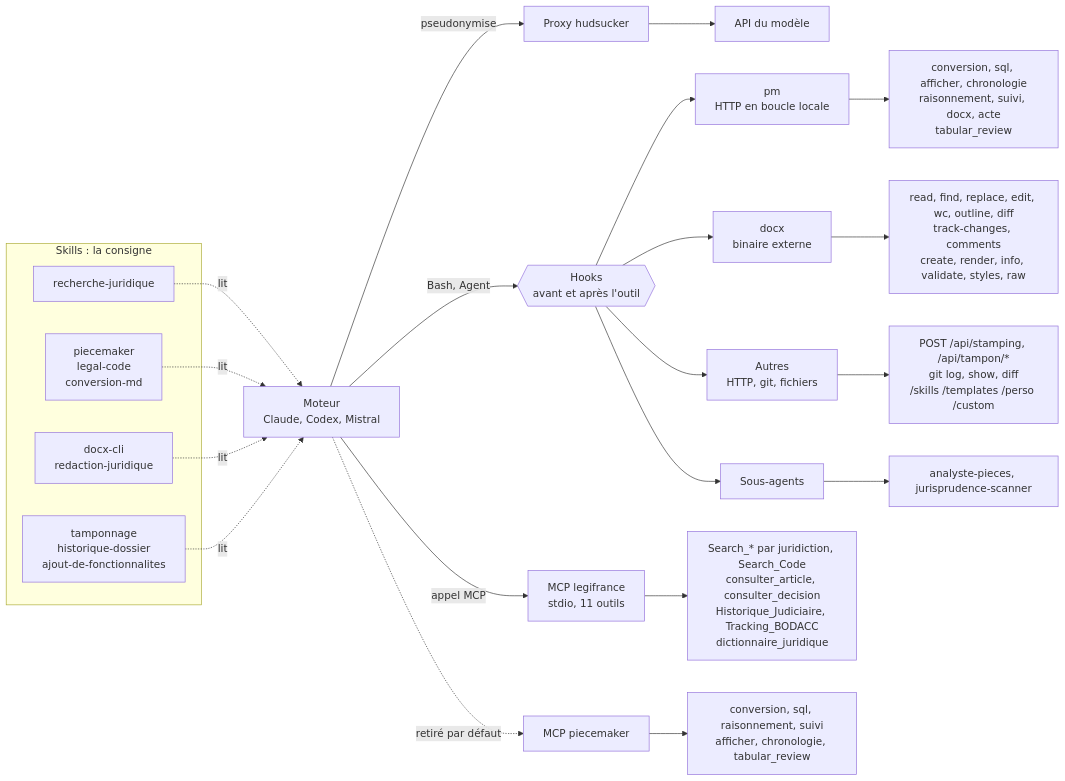
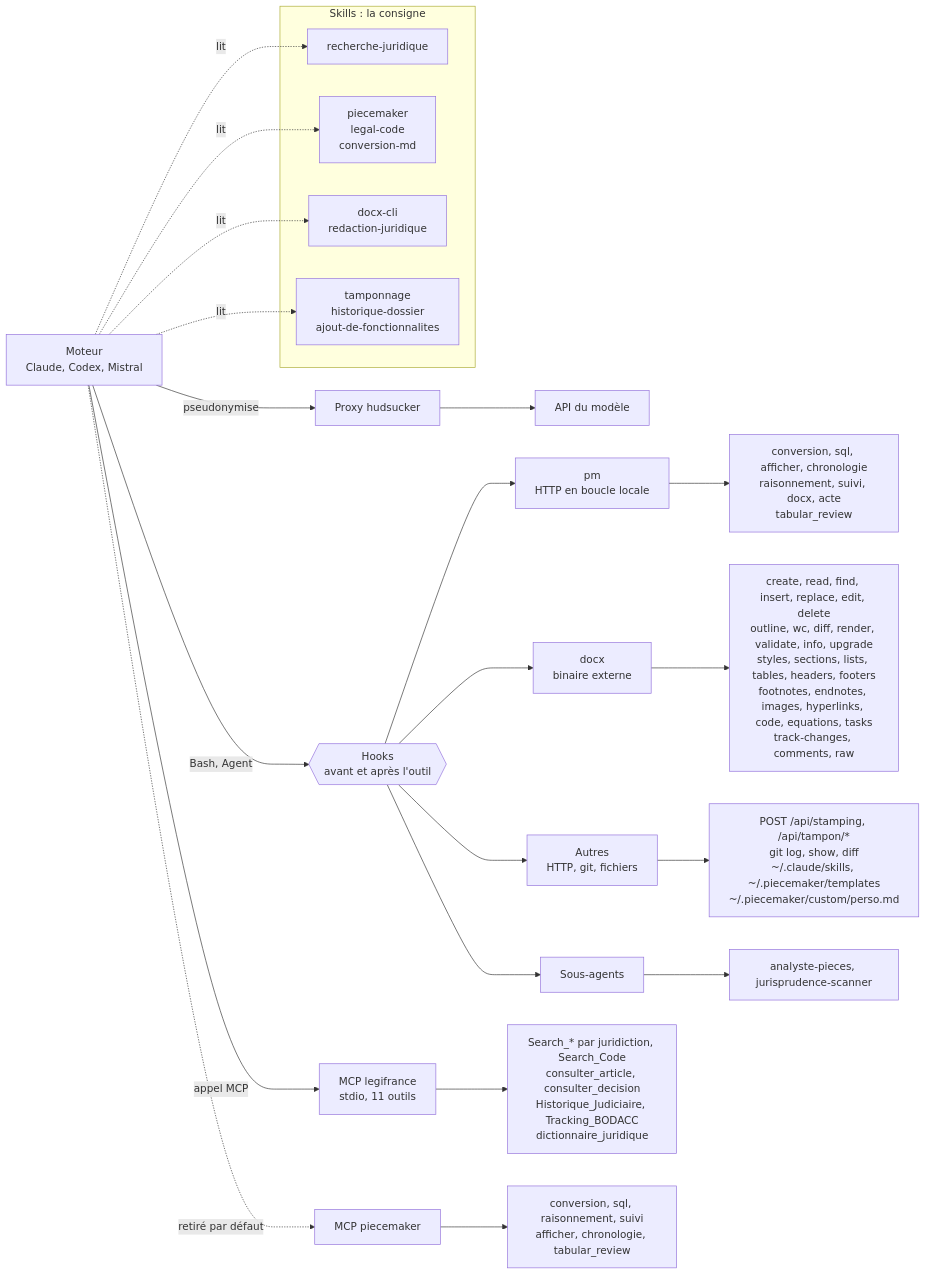
The diagram in docs/inventaire-outils.md (PieceMaker-Legal/piecemaker-droit-francais), drawn with Mermaid before and after one commit. The commit also changed other lines of this file, not shown here.

First line of the commit message:
docs(outils): corriger le sens des skills et l'index dans l'inventaire

````diff
--- a/docs/inventaire-outils.md
+++ b/docs/inventaire-outils.md
@@ -7,34 +7,34 @@
 ```mermaid
 flowchart LR
   subgraph S[Skills : la consigne]
     S1[recherche-juridique]
     S2[piecemaker<br/>legal-code<br/>conversion-md]
     S3[docx-cli<br/>redaction-juridique]
     S4[tamponnage<br/>historique-dossier<br/>ajout-de-fonctionnalites]
   end
 
   M[Moteur<br/>Claude, Codex, Mistral]
   P[Proxy hudsucker] --> API[API du modèle]
   H{{Hooks<br/>avant et après l'outil}}
 
-  S1 -. lit .-> M
-  S2 -. lit .-> M
-  S3 -. lit .-> M
-  S4 -. lit .-> M
+  M -. lit .-> S1
+  M -. lit .-> S2
+  M -. lit .-> S3
+  M -. lit .-> S4
   M -- pseudonymise --> P
 
   M -- appel MCP --> L[MCP legifrance<br/>stdio, 11 outils]
   M -- Bash, Agent --> H
   H --> PM[pm<br/>HTTP en boucle locale]
   H --> D[docx<br/>binaire externe]
   H --> O[Autres<br/>HTTP, git, fichiers]
   H --> A[Sous-agents]
   M -. retiré par défaut .-> R[MCP piecemaker]
 
   L --> L1[Search_* par juridiction, Search_Code<br/>consulter_article, consulter_decision<br/>Historique_Judiciaire, Tracking_BODACC<br/>dictionnaire_juridique]
   PM --> PM1[conversion, sql, afficher, chronologie<br/>raisonnement, suivi, docx, acte<br/>tabular_review]
-  D --> D1[read, find, replace, edit, wc, outline, diff<br/>track-changes, comments<br/>create, render, info, validate, styles, raw]
-  O --> O1[POST /api/stamping, /api/tampon/*<br/>git log, show, diff<br/>/skills /templates /perso /custom]
+  D --> D1[create, read, find, insert, replace, edit, delete<br/>outline, wc, diff, render, validate, info, upgrade<br/>styles, sections, lists, tables, headers, footers<br/>footnotes, endnotes, images, hyperlinks, code, equations, tasks<br/>track-changes, comments, raw]
+  O --> O1[POST /api/stamping, /api/tampon/*<br/>git log, show, diff<br/>~/.claude/skills, ~/.piecemaker/templates<br/>~/.piecemaker/custom/perso.md]
   A --> A1[analyste-pieces, jurisprudence-scanner]
   R --> R1[conversion, sql, raisonnement, suivi<br/>afficher, chronologie, tabular_review]
 ```
````
